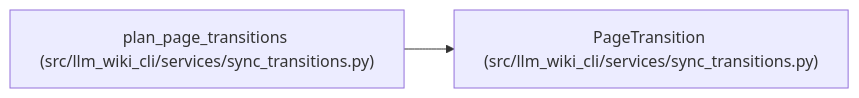
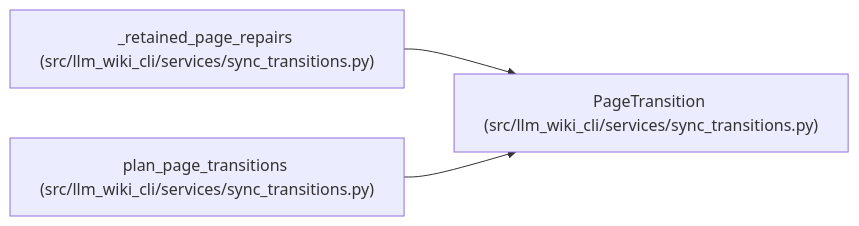
Before and after one commit to Denissvgn/python-wiki-llm: the diagram in docs/llm_wiki/entities/PageTransition.md, drawn with Mermaid. The commit also changed other lines of this file and 265 other files, not shown here.

Commit message:
fix: normalize selection paths and repair retained page links

````diff
--- a/docs/llm_wiki/entities/PageTransition.md
+++ b/docs/llm_wiki/entities/PageTransition.md
@@ -35,8 +35,11 @@
 ```mermaid
 flowchart LR
     n0["PageTransition (src/llm_wiki_cli/services/sync_transitions.py)"]
-    n1["plan_page_transitions (src/llm_wiki_cli/services/sync_transitions.py)"]
+    n1["_retained_page_repairs (src/llm_wiki_cli/services/sync_transitions.py)"]
+    n2["plan_page_transitions (src/llm_wiki_cli/services/sync_transitions.py)"]
     n1 --> n0
+    n2 --> n0
     click n0 "../modules/sync_transitions.md"
     click n1 "../modules/sync_transitions.md"
+    click n2 "../modules/sync_transitions.md"
 ```
````
